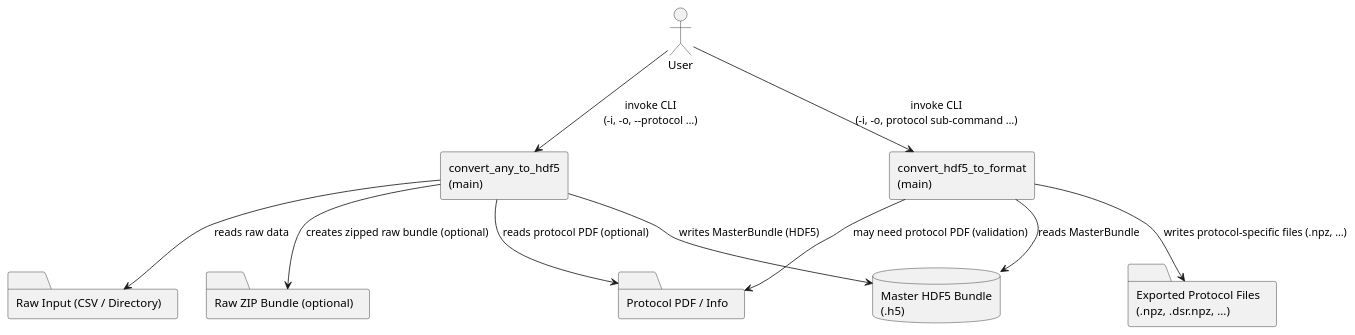
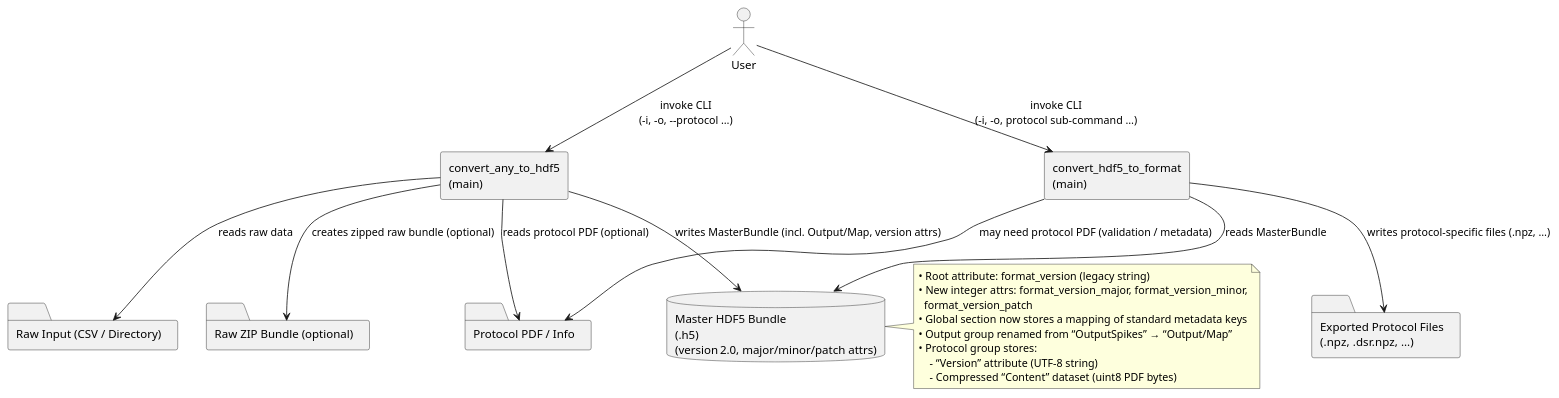
Before and after one commit to virtual-brain-twins/vbt-converter: the diagram in docs/dfd_level_0.puml, drawn with PlantUML. The commit also changed 33 other files, not shown here.

First line of the commit message:
feat(converter): migrate SpikeMap to generic Map, extend schema to version 2.0 and add validation CLI

```diff
--- a/docs/dfd_level_0.puml
+++ b/docs/dfd_level_0.puml
@@ -1,29 +1,53 @@
 @startuml dfd_level_0
-' === Actors / External Entities ===
+' ==========================================================
+' Actors / External Entities
+' ==========================================================
 actor User
 
-' === External Data Stores ===
+' ==========================================================
+' External Data Stores
+' ==========================================================
 folder "Raw Input (CSV / Directory)" as INPUT
-database "Master HDF5 Bundle\n(.h5)" as MASTER
+database "Master HDF5 Bundle\n(.h5)\n(version 2.0, major/minor/patch attrs)" as MASTER
 folder "Protocol PDF / Info" as PROTOINFO
 folder "Raw ZIP Bundle (optional)" as RAWZIP
 folder "Exported Protocol Files\n(.npz, .dsr.npz, …)" as EXPORT
 
-' === Processes ===
+' ==========================================================
+' Processes
+' ==========================================================
 rectangle "convert_any_to_hdf5\n(main)" as CONV_IN
 rectangle "convert_hdf5_to_format\n(main)" as CONV_OUT
 
-' === Data Flows ===
+' ==========================================================
+' Data Flows
+' ==========================================================
 User --> CONV_IN : invoke CLI\n(-i, -o, --protocol …)
-CONV_IN --> INPUT : reads raw data
-CONV_IN --> PROTOINFO : reads protocol PDF (optional)
-CONV_IN --> RAWZIP : creates zipped raw bundle (optional)
+CONV_IN --> INPUT    : reads raw data
+CONV_IN --> PROTOINFO: reads protocol PDF (optional)
+CONV_IN --> RAWZIP   : creates zipped raw bundle (optional)
 
-CONV_IN --> MASTER : writes MasterBundle (HDF5)
+' New output hierarchy inside the master bundle:
+'   /StandardFormat/Output/Map  (contains populations → neurons → times/voltage/virtual)
+CONV_IN --> MASTER   : writes MasterBundle (incl. Output/Map, version attrs)
 
-User --> CONV_OUT : invoke CLI\n(-i, -o, protocol sub‑command …)
-CONV_OUT --> MASTER : reads MasterBundle
-CONV_OUT --> PROTOINFO : may need protocol PDF (validation)
-CONV_OUT --> EXPORT : writes protocol‑specific files (.npz, …)
+User --> CONV_OUT  : invoke CLI\n(-i, -o, protocol sub‑command …)
+CONV_OUT --> MASTER   : reads MasterBundle
+CONV_OUT --> PROTOINFO: may need protocol PDF (validation / metadata)
+CONV_OUT --> EXPORT   : writes protocol‑specific files (.npz, …)
+
+' ==========================================================
+' Notes
+' ==========================================================
+note right of MASTER
+  • Root attribute: format_version (legacy string)
+  • New integer attrs: format_version_major, format_version_minor,
+    format_version_patch
+  • Global section now stores a mapping of standard metadata keys
+  • Output group renamed from “OutputSpikes” → “Output/Map”
+  • Protocol group stores:
+      – “Version” attribute (UTF‑8 string)
+      – Compressed “Content” dataset (uint8 PDF bytes)
+end note
 
 @enduml
```
